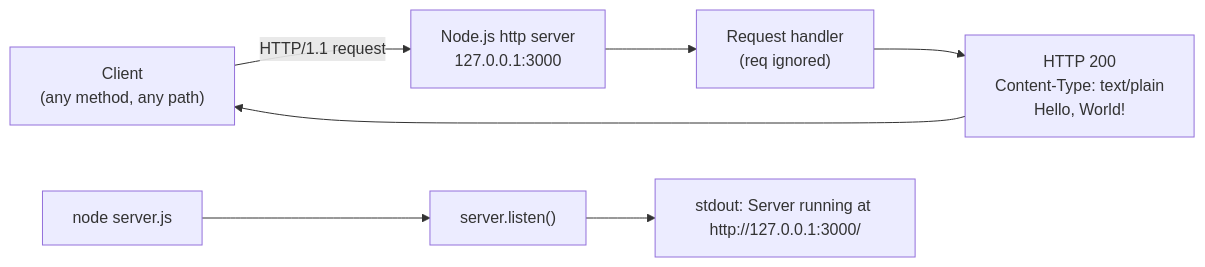
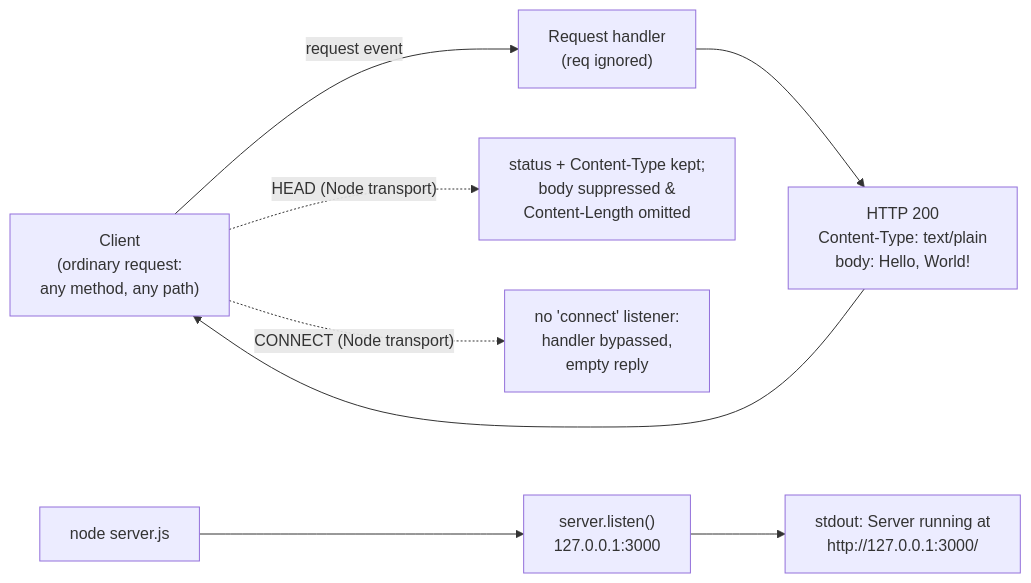
Before and after one commit to lakshya-blitzy/branch_lock_testing_ABK_4708: the diagram in README.md, drawn with Mermaid. The commit also changed other lines of this file and 1 other file, not shown here.

````diff
--- a/README.md
+++ b/README.md
@@ -60,9 +82,10 @@
 ```mermaid
 flowchart LR
-  Client["Client<br/>(any method, any path)"] -->|HTTP/1.1 request| Server["Node.js http server<br/>127.0.0.1:3000"]
-  Server --> Handler["Request handler<br/>(req ignored)"]
-  Handler --> Response["HTTP 200<br/>Content-Type: text/plain<br/>Hello, World!"]
+  Client["Client<br/>(ordinary request:<br/>any method, any path)"] -->|request event| Handler["Request handler<br/>(req ignored)"]
+  Handler --> Response["HTTP 200<br/>Content-Type: text/plain<br/>body: Hello, World!"]
   Response --> Client
-  Boot["node server.js"] --> Listen["server.listen()"]
-  Listen --> Log["stdout: Server running at http://127.0.0.1:3000/"]
+  Client -. "HEAD (Node transport)" .-> HeadNote["status + Content-Type kept;<br/>body suppressed &amp;<br/>Content-Length omitted"]
+  Client -. "CONNECT (Node transport)" .-> ConnNote["no 'connect' listener:<br/>handler bypassed,<br/>empty reply"]
+  Boot["node server.js"] --> Listen["server.listen()<br/>127.0.0.1:3000"]
+  Listen --> Log["stdout: Server running at<br/>http://127.0.0.1:3000/"]
 ```
````
